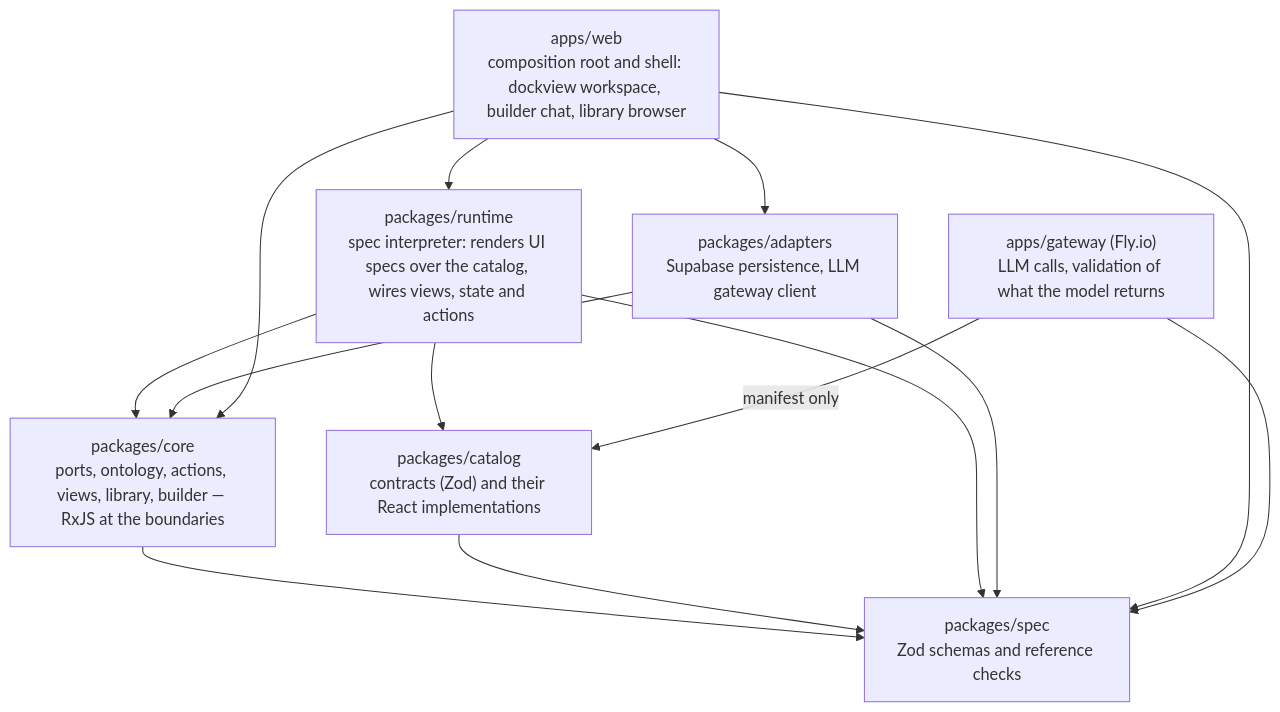
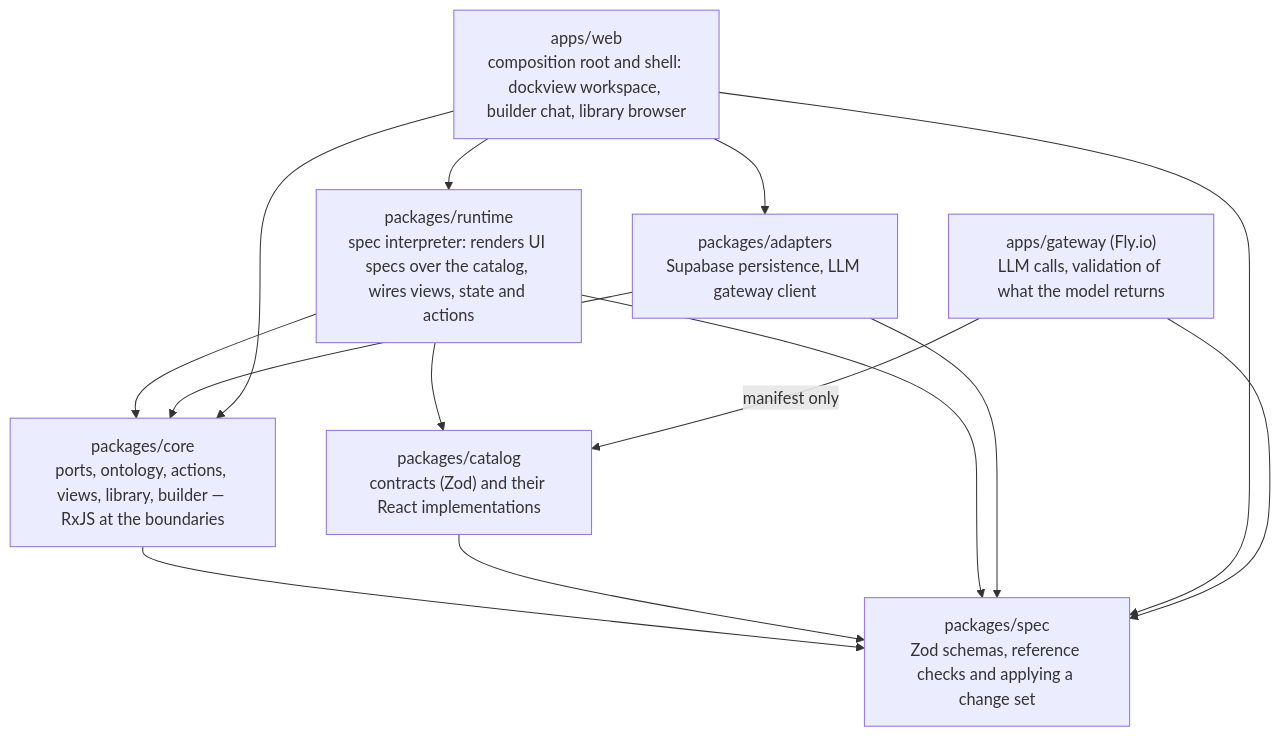
The diagram in docs/architecture/ARCHITECTURE.md (bettersoftware-io/origamic), drawn with Mermaid before and after one commit. The commit also changed 14 other files, not shown here.

````diff
--- a/docs/architecture/ARCHITECTURE.md
+++ b/docs/architecture/ARCHITECTURE.md
@@ -47,24 +47,24 @@
 ```mermaid
 flowchart TB
-  spec["packages/spec<br/>Zod schemas and reference checks"]
+  spec["packages/spec<br/>Zod schemas, reference checks and applying a change set"]
   core["packages/core<br/>ports, ontology, actions, views, library, builder — RxJS at the boundaries"]
   catalog["packages/catalog<br/>contracts (Zod) and their React implementations"]
   runtime["packages/runtime<br/>spec interpreter: renders UI specs over the catalog, wires views, state and actions"]
   adapters["packages/adapters<br/>Supabase persistence, LLM gateway client"]
   app["apps/web<br/>composition root and shell: dockview workspace, builder chat, library browser"]
   gateway["apps/gateway (Fly.io)<br/>LLM calls, validation of what the model returns"]
 
   core --> spec
   catalog --> spec
   runtime --> spec
   runtime --> core
   runtime --> catalog
   adapters --> core
   adapters --> spec
   app --> runtime
   app --> adapters
   app --> core
   app --> spec
   gateway --> spec
   gateway -- "manifest only" --> catalog
 ```
````
